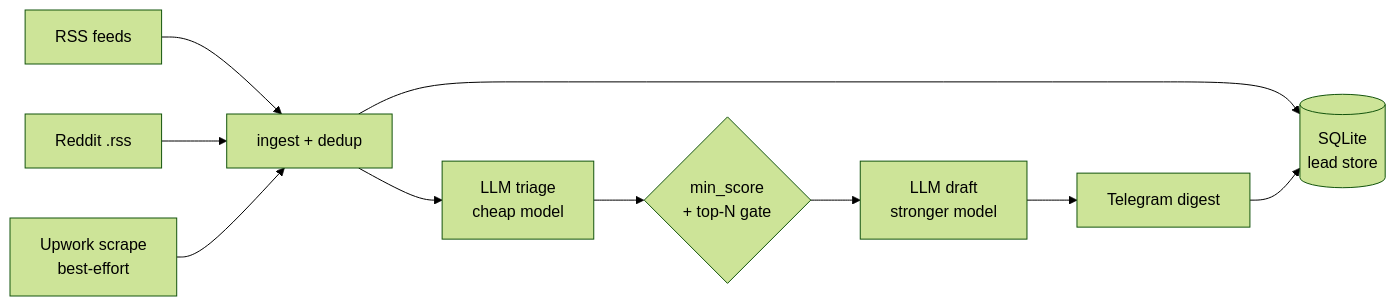
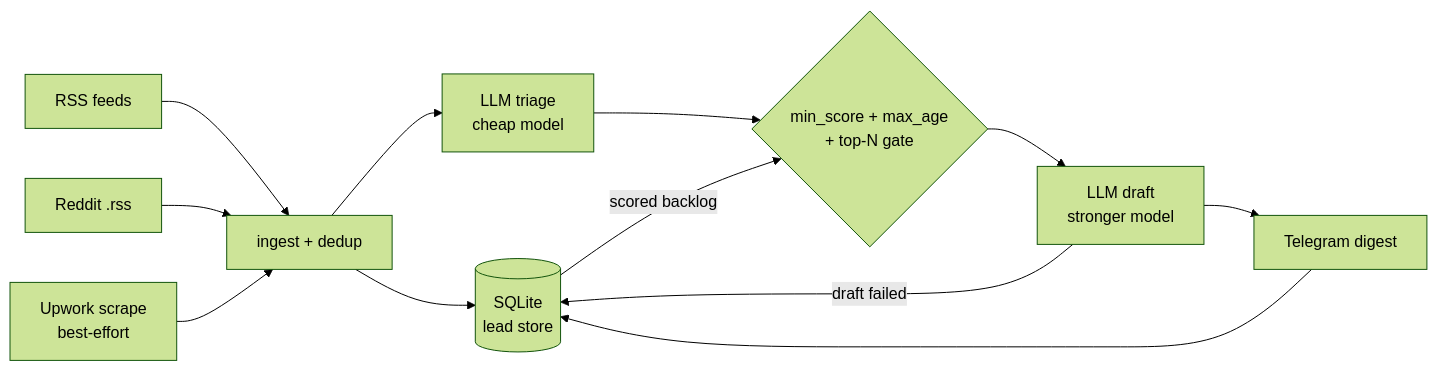
Before and after one commit to ssh071102-code/gig-radar: the diagram in README.md, drawn with Mermaid (forest theme). The commit also changed other lines of this file and 1 other file, not shown here.

````diff
--- a/README.md
+++ b/README.md
@@ -67,12 +116,14 @@
 ```mermaid
 flowchart LR
     RSS[RSS feeds] --> ING[ingest + dedup]
     RED[Reddit .rss] --> ING
     UPW[Upwork scrape<br>best-effort] --> ING
     ING --> DB[(SQLite<br>lead store)]
     ING --> TRI[LLM triage<br>cheap model]
-    TRI --> GATE{min_score<br>+ top-N gate}
+    TRI --> GATE{min_score + max_age<br>+ top-N gate}
+    DB -- scored backlog --> GATE
     GATE --> DRAFT[LLM draft<br>stronger model]
+    DRAFT -- draft failed --> DB
     DRAFT --> TG[Telegram digest]
     TG --> DB
 ```
````
